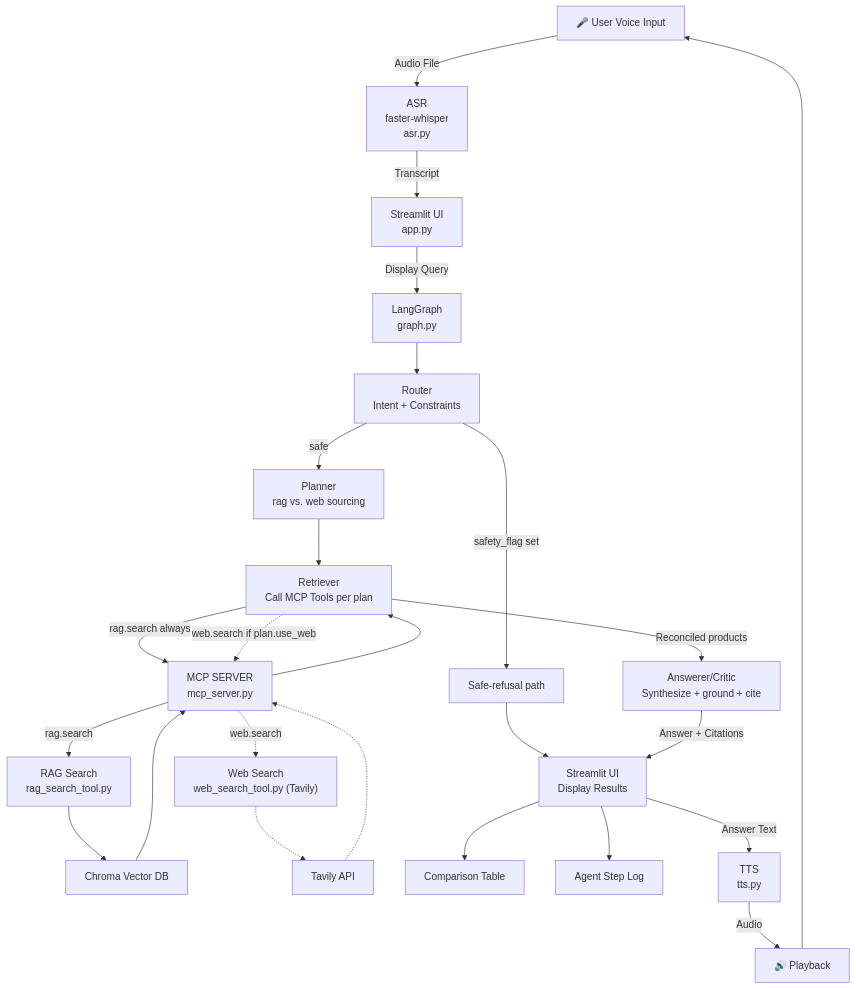
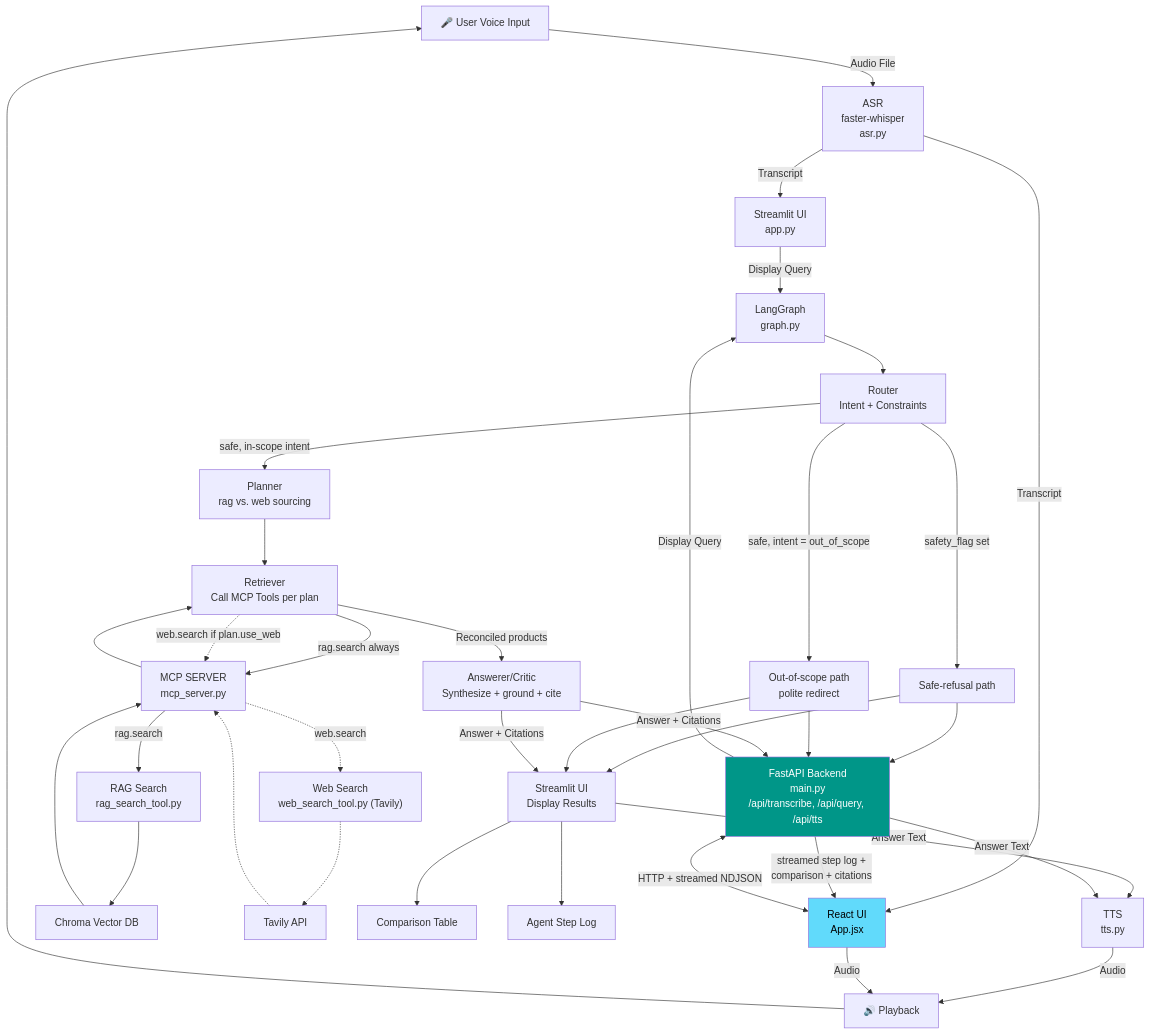
Before and after one commit to pareeyaporn/Agentic-Voice-to-Voice-AI: the diagram in README.md, drawn with Mermaid. The commit also changed other lines of this file and 1 other file, not shown here.

Commit message:
Update architecture diagram and README to reflect changes in ASR component and UI options

````diff
--- a/README.md
+++ b/README.md
@@ -27,27 +27,43 @@
 ```mermaid
 graph TD
     A["🎤 User Voice Input"] -->|Audio File| B["ASR<br/>faster-whisper<br/>asr.py"]
-    B -->|Transcript| C["Streamlit UI<br/>app.py"]
-    C -->|Display Query| D["LangGraph<br/>graph.py"]
+
+    B -->|Transcript| C1["Streamlit UI<br/>app.py"]
+    B -->|Transcript| FE["React UI<br/>App.jsx"]
+    FE <-->|HTTP + streamed NDJSON| BE["FastAPI Backend<br/>main.py<br/>/api/transcribe, /api/query, /api/tts"]
+
+    C1 -->|Display Query| D["LangGraph<br/>graph.py"]
+    BE -->|Display Query| D
     D --> E["Router<br/>Intent + Constraints"]
     E -->|safety_flag set| S["Safe-refusal path"]
-    E -->|safe| F["Planner<br/>rag vs. web sourcing"]
+    E -->|safe, intent = out_of_scope| OOS["Out-of-scope path<br/>polite redirect"]
+    E -->|safe, in-scope intent| F["Planner<br/>rag vs. web sourcing"]
     F --> R["Retriever<br/>Call MCP Tools per plan"]
     R -->|rag.search always| G["MCP SERVER<br/>mcp_server.py"]
     R -.->|web.search if plan.use_web| G
     G -->|rag.search| H["RAG Search<br/>rag_search_tool.py"]
     G -.->|web.search| I["Web Search<br/>web_search_tool.py (Tavily)"]
     H --> J["Chroma Vector DB"]
     I -.-> K["Tavily API"]
     J --> G
     K -.-> G
     G --> R
     R -->|Reconciled products| L["Answerer/Critic<br/>Synthesize + ground + cite"]
-    S --> M["Streamlit UI<br/>Display Results"]
-    L -->|Answer + Citations| M
-    M --> N["Comparison Table"]
-    M --> O["Agent Step Log"]
-    M -->|Answer Text| P["TTS<br/>tts.py"]
+    S --> M1["Streamlit UI<br/>Display Results"]
+    OOS --> M1
+    L -->|Answer + Citations| M1
+    S --> BE
+    OOS --> BE
+    L -->|Answer + Citations| BE
+    M1 --> N["Comparison Table"]
+    M1 --> O["Agent Step Log"]
+    BE -->|streamed step log +<br/>comparison + citations| FE
+    M1 -->|Answer Text| P["TTS<br/>tts.py"]
+    BE -->|Answer Text| P
     P -->|Audio| Q["🔊 Playback"]
+    FE -->|Audio| Q
     Q --> A
+
+    style FE fill:#61DAFB,color:#000
+    style BE fill:#009688,color:#fff
 ```
````
